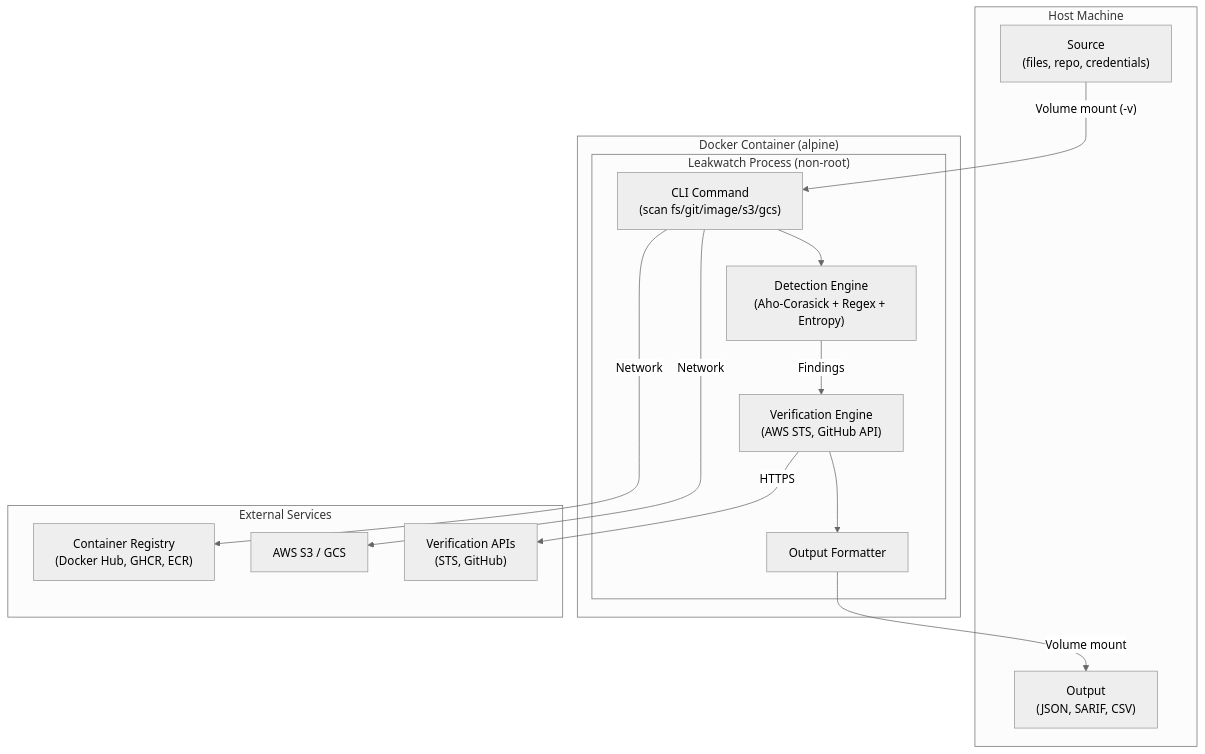
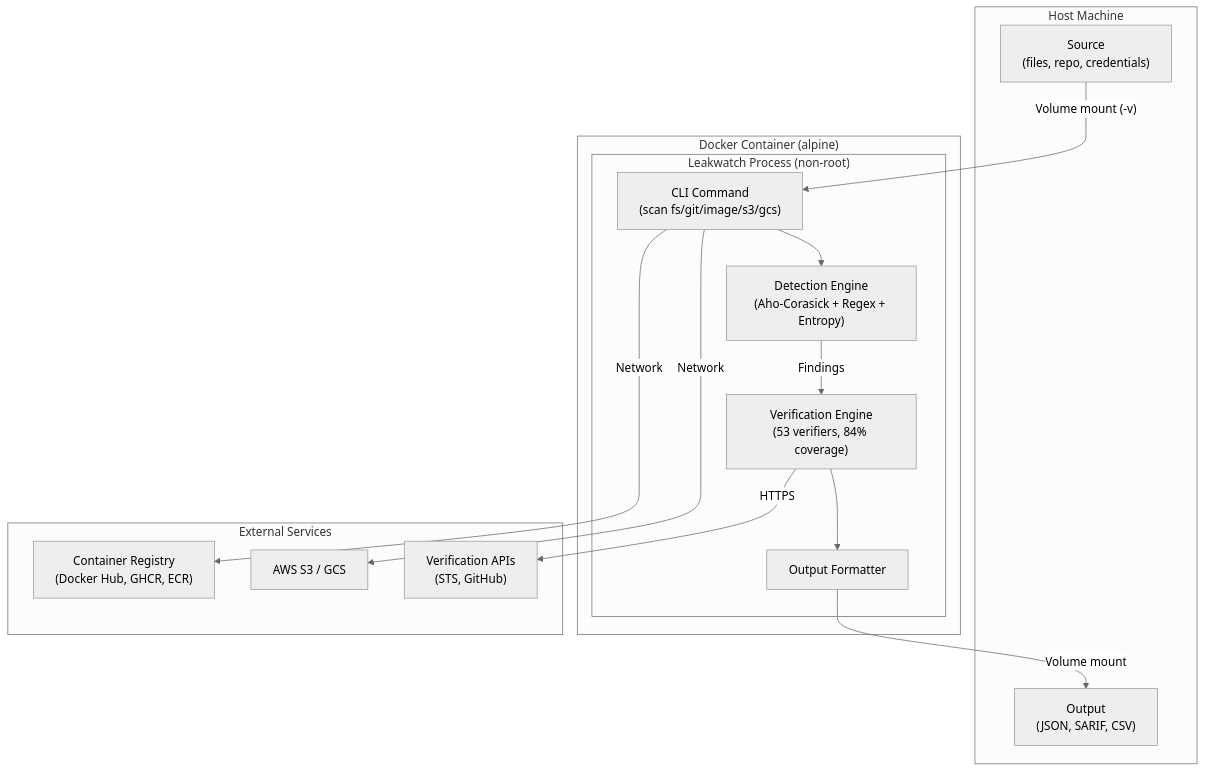
The second of 2 diagrams in docs/guides/docker-usage.md (actions-marketplace-validations/HodeTech_Leakwatch), drawn with Mermaid (neutral theme) before and after one commit. The commit also changed 9 other files, not shown here.

First line of the commit message:
docs: comprehensive documentation revision — 53 verifiers, 84% coverage

````diff
--- a/docs/guides/docker-usage.md
+++ b/docs/guides/docker-usage.md
@@ -446,31 +446,31 @@
 ```mermaid
 flowchart TD
     subgraph Host["Host Machine"]
         SRC["Source\n(files, repo, credentials)"]
         OUT["Output\n(JSON, SARIF, CSV)"]
     end
 
     subgraph Docker["Docker Container (alpine)"]
         subgraph LW["Leakwatch Process (non-root)"]
             CMD["CLI Command\n(scan fs/git/image/s3/gcs)"]
             ENG["Detection Engine\n(Aho-Corasick + Regex + Entropy)"]
-            VER["Verification Engine\n(AWS STS, GitHub API)"]
+            VER["Verification Engine\n(53 verifiers, 84% coverage)"]
             FMT["Output Formatter"]
         end
     end
 
     subgraph External["External Services"]
         REG["Container Registry\n(Docker Hub, GHCR, ECR)"]
         S3["AWS S3 / GCS"]
         VAPI["Verification APIs\n(STS, GitHub)"]
     end
 
     SRC -->|"Volume mount (-v)"| CMD
     CMD --> ENG
     ENG -->|Findings| VER
     VER -->|"HTTPS"| VAPI
     VER --> FMT
     FMT -->|"Volume mount"| OUT
     CMD -->|"Network"| REG
     CMD -->|"Network"| S3
 ```
````
